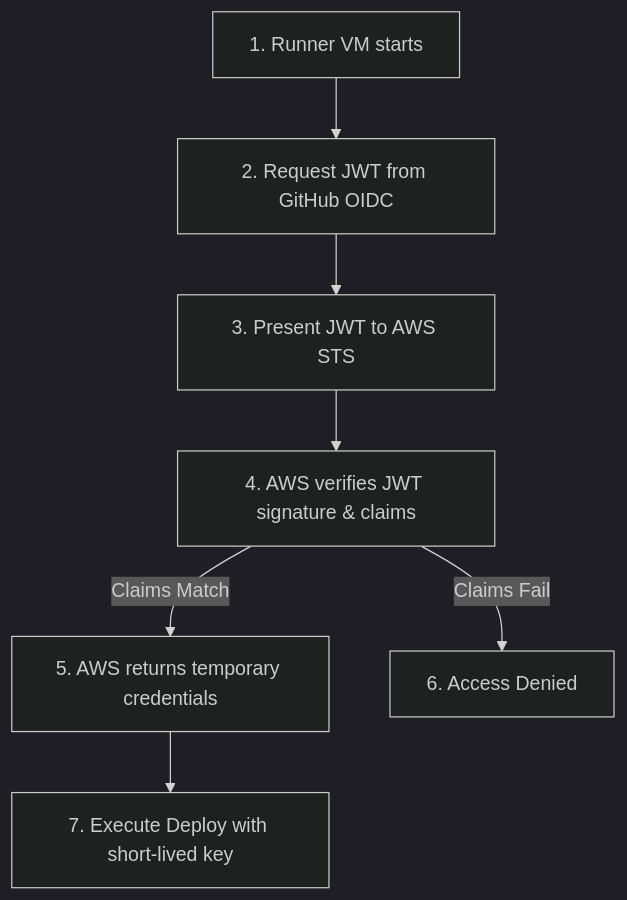
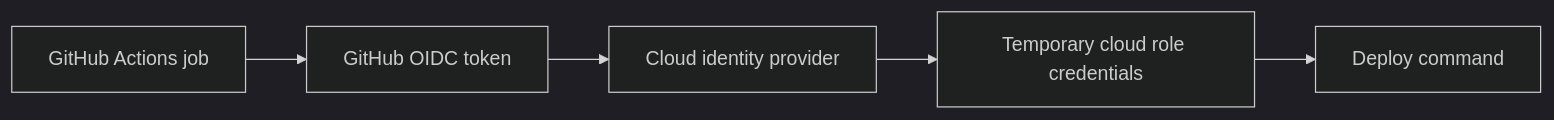
Before and after one commit to senlinyy/dev-roadmaps: the diagram in cicd/github-actions/04-environments-and-security.md, drawn with Mermaid (dark theme). The commit also changed other lines of this file and 610 other files, not shown here.

````diff
--- a/cicd/github-actions/04-environments-and-security.md
+++ b/cicd/github-actions/04-environments-and-security.md
@@ -138,9 +174,7 @@
 ```mermaid
-flowchart TD
-    VM["1. Runner VM starts"] --> JWT["2. Request JWT from GitHub OIDC"]
-    JWT --> STS["3. Present JWT to AWS STS"]
-    STS --> IAM["4. AWS verifies JWT signature & claims"]
-    IAM -- "Claims Match" --> Temp["5. AWS returns temporary credentials"]
-    IAM -- "Claims Fail" --> Deny["6. Access Denied"]
-    Temp --> Deploy["7. Execute Deploy with short-lived key"]
+flowchart LR
+    Job["GitHub Actions job"] --> Token["GitHub OIDC token"]
+    Token --> Cloud["Cloud identity provider"]
+    Cloud --> Role["Temporary cloud role credentials"]
+    Role --> Deploy["Deploy command"]
 ```
````
